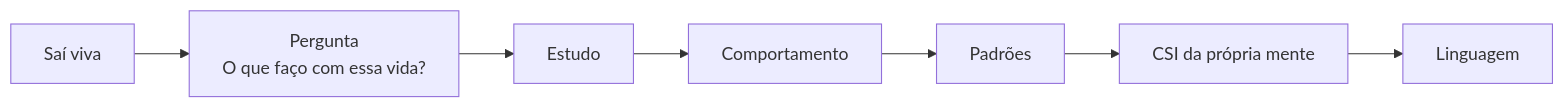
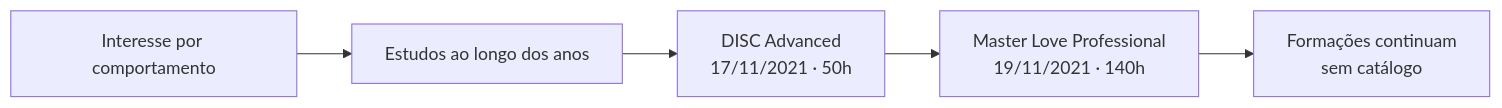
The fourth of 4 diagrams in 01_MORTE_EM_VIDA/MAPA_VISUAL_PARTE_IV_ATUAL.md (Sollimastudio/trilogia-sol-lima), drawn with Mermaid before and after one commit. The commit also changed other lines of this file, not shown here.

````diff
--- a/01_MORTE_EM_VIDA/MAPA_VISUAL_PARTE_IV_ATUAL.md
+++ b/01_MORTE_EM_VIDA/MAPA_VISUAL_PARTE_IV_ATUAL.md
@@ -70,9 +45,7 @@
 ```mermaid
 flowchart LR
-A[Saí viva] --> B[Pergunta\nO que faço com essa vida?]
-B --> C[Estudo]
-C --> D[Comportamento]
-D --> E[Padrões]
-E --> F[CSI da própria mente]
-F --> G[Linguagem]
+A[Interesse por comportamento] --> B[Estudos ao longo dos anos]
+B --> C[DISC Advanced\n17/11/2021 · 50h]
+C --> D[Master Love Professional\n19/11/2021 · 140h]
+D --> E[Formações continuam\nsem catálogo]
 ```
````
